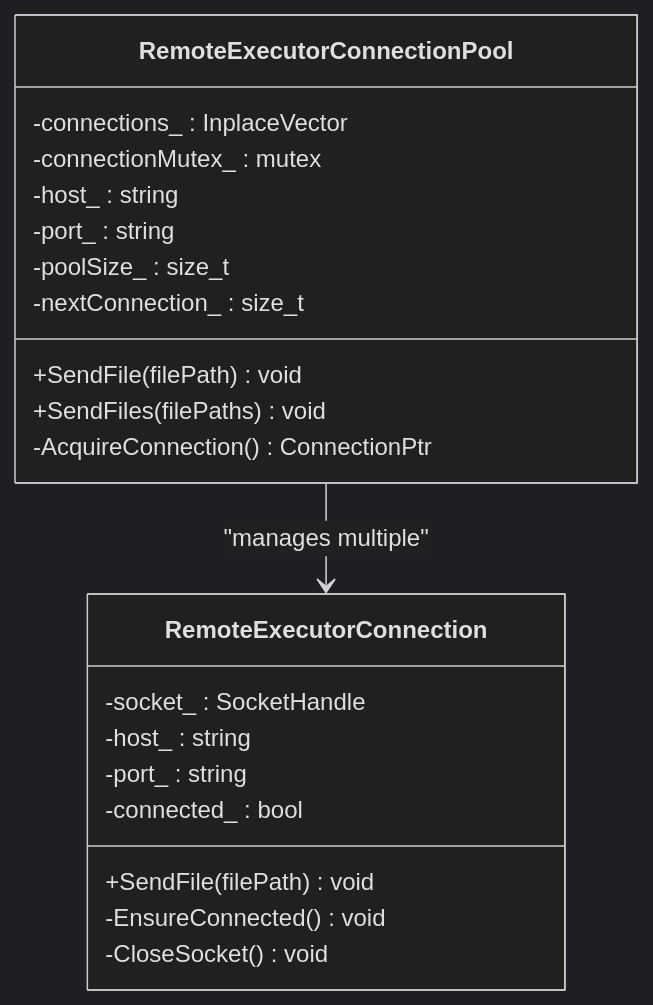
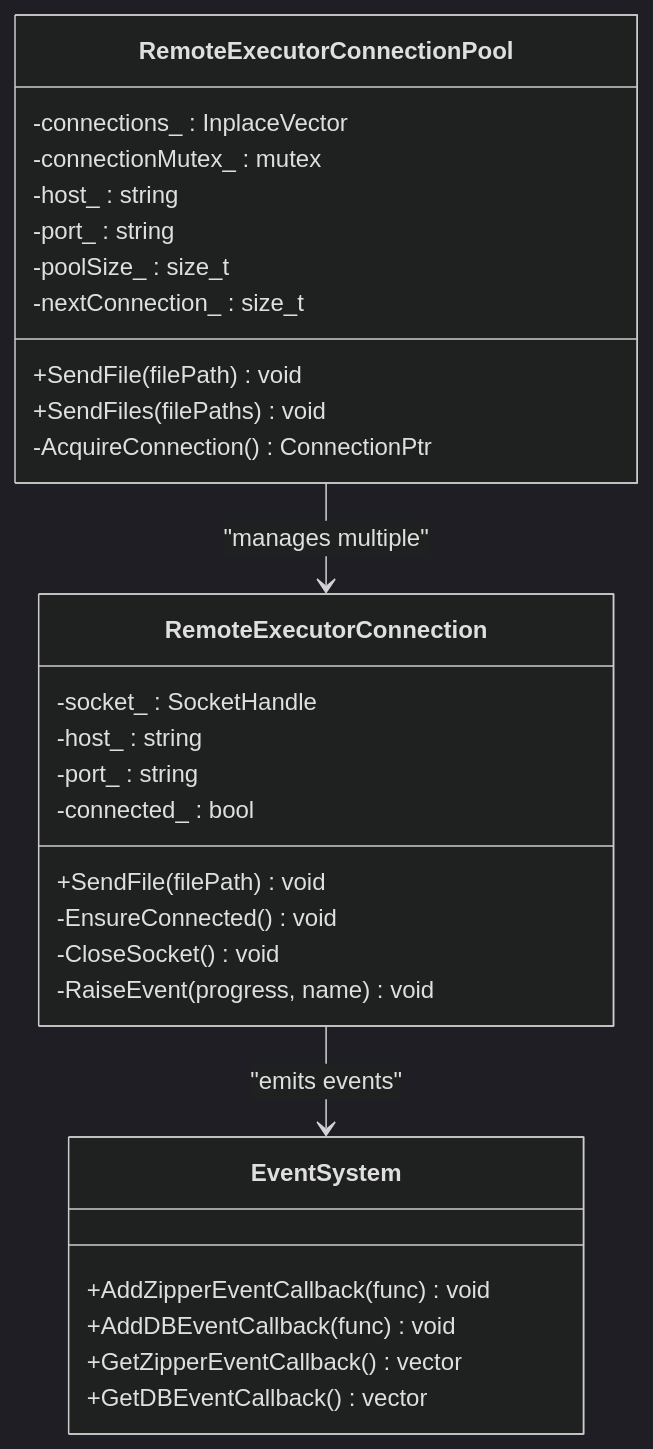
Before and after one commit to hsmbanlance/HsBaSlicer: the sixth of 8 diagrams in .qoder/repowiki/en/content/Core Architecture/File Transfer Pipeline System.md, drawn with Mermaid (dark theme). The commit also changed other lines of this file and 31 other files, not shown here.

First line of the commit message:
docs(architecture): 更新文档以包含事件处理系统和动态库测试

````diff
--- a/.qoder/repowiki/en/content/Core Architecture/File Transfer Pipeline System.md
+++ b/.qoder/repowiki/en/content/Core Architecture/File Transfer Pipeline System.md
@@ -183,24 +304,32 @@
 ```mermaid
 classDiagram
 class RemoteExecutorConnection {
 +SendFile(filePath) void
 -EnsureConnected() void
 -CloseSocket() void
+-RaiseEvent(progress, name) void
 -socket_ : SocketHandle
 -host_ : string
 -port_ : string
 -connected_ : bool
 }
 class RemoteExecutorConnectionPool {
 +SendFile(filePath) void
 +SendFiles(filePaths) void
 -AcquireConnection() ConnectionPtr
 -connections_ : InplaceVector<ConnectionPtr>
 -connectionMutex_ : mutex
 -host_ : string
 -port_ : string
 -poolSize_ : size_t
 -nextConnection_ : size_t
 }
+class EventSystem {
++AddZipperEventCallback(func) void
++AddDBEventCallback(func) void
++GetZipperEventCallback() vector
++GetDBEventCallback() vector
+}
 RemoteExecutorConnectionPool --> RemoteExecutorConnection : "manages multiple"
+RemoteExecutorConnection --> EventSystem : "emits events"
 ```
````
